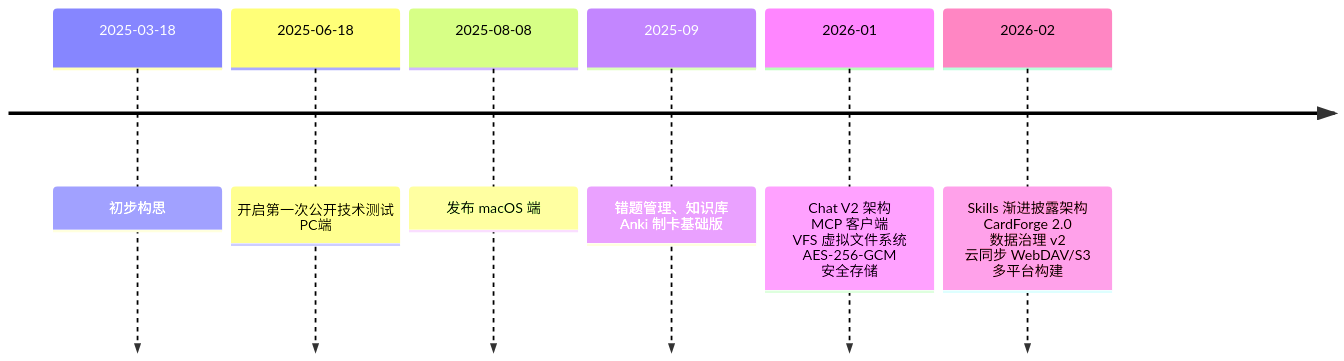
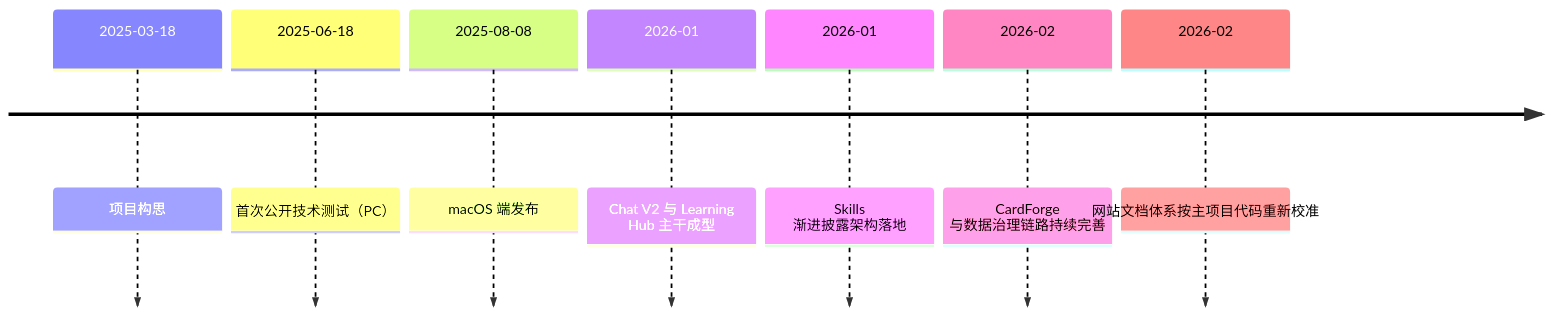
One commit to BA7MLV/ds-web changed the diagram in docs/guide/timeline.md. Above: the diagram before and after it, drawn with Mermaid. The commit also changed other lines of this file and 10 other files, not shown here.

````diff
--- a/docs/guide/timeline.md
+++ b/docs/guide/timeline.md
@@ -2,9 +3,10 @@
 ```mermaid
 timeline
-    2025-03-18 : 初步构思
-    2025-06-18 : 开启第一次公开技术测试<br>PC端
-    2025-08-08 : 发布 macOS 端
-    2025-09 : 错题管理、知识库<br>Anki 制卡基础版
-    2026-01 : Chat V2 架构<br>MCP 客户端<br>VFS 虚拟文件系统<br>AES-256-GCM 安全存储
-    2026-02 : Skills 渐进披露架构<br>CardForge 2.0<br>数据治理 v2<br>云同步 WebDAV/S3<br>多平台构建
+    2025-03-18 : 项目构思
+    2025-06-18 : 首次公开技术测试（PC）
+    2025-08-08 : macOS 端发布
+    2026-01 : Chat V2 与 Learning Hub 主干成型
+    2026-01 : Skills 渐进披露架构落地
+    2026-02 : CardForge 与数据治理链路持续完善
+    2026-02 : 网站文档体系按主项目代码重新校准
 ```
````
